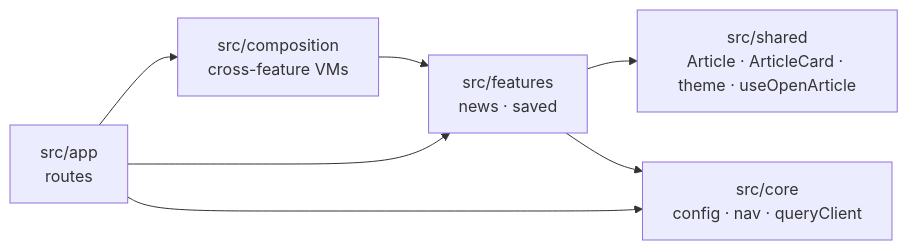
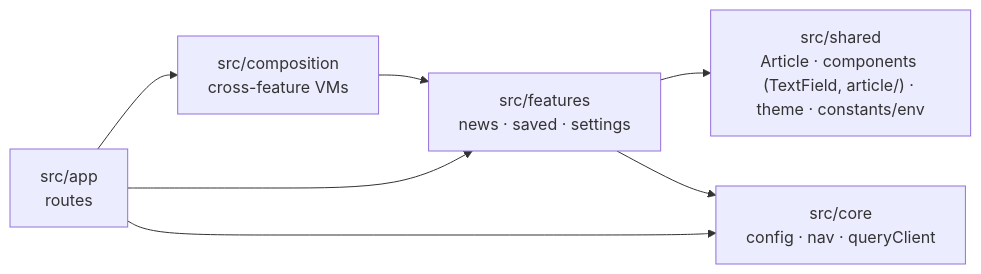
The second of 12 diagrams in ORIENTATION.md (dev-mahmoud-elshenawy/opticore-news-demo), drawn with Mermaid before and after one commit. The commit also changed other lines of this file and 1 other file, not shown here.

First line of the commit message:
docs: update architecture guide for facades + settings feature

````diff
--- a/ORIENTATION.md
+++ b/ORIENTATION.md
@@ -35,9 +35,9 @@
 ```mermaid
 flowchart LR
     app["src/app<br/>routes"] --> comp["src/composition<br/>cross-feature VMs"]
-    comp --> features["src/features<br/>news · saved"]
+    comp --> features["src/features<br/>news · saved · settings"]
     app --> features
-    features --> shared["src/shared<br/>Article · ArticleCard · theme · useOpenArticle"]
+    features --> shared["src/shared<br/>Article · components (TextField, article/) · theme · constants/env"]
     features --> core["src/core<br/>config · nav · queryClient"]
     app --> core
 ```
````
